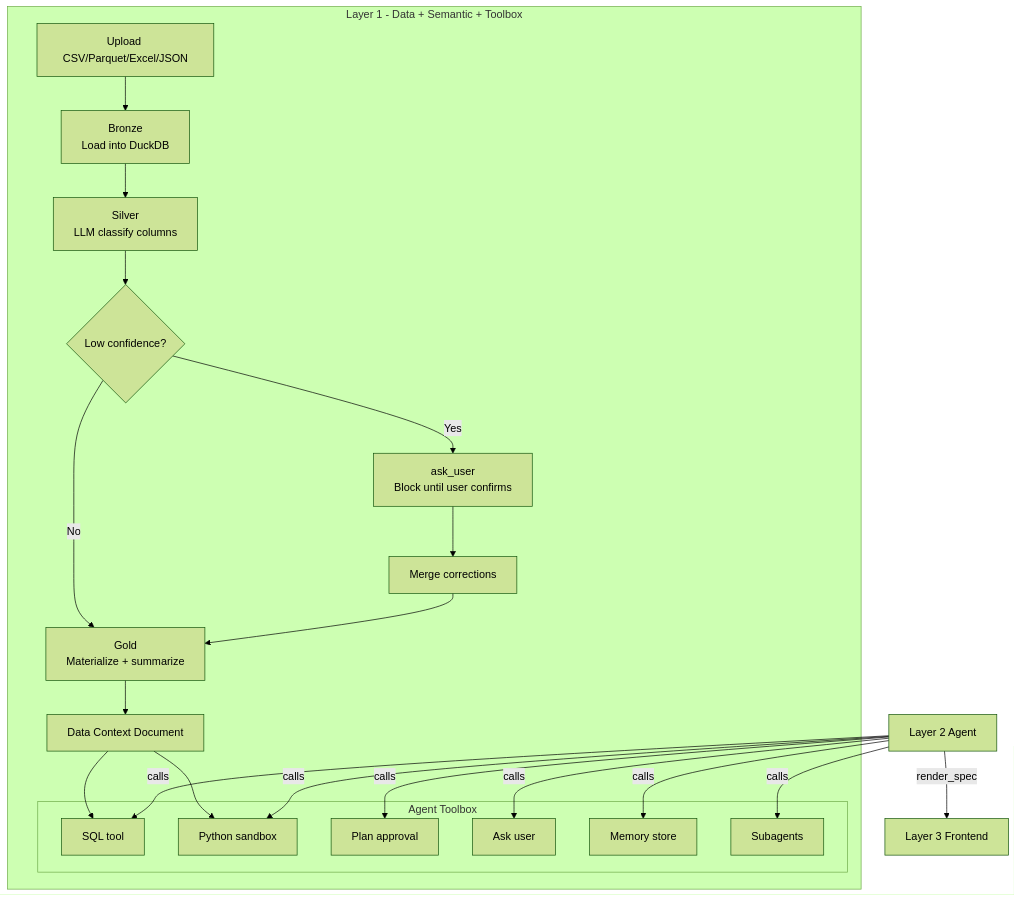
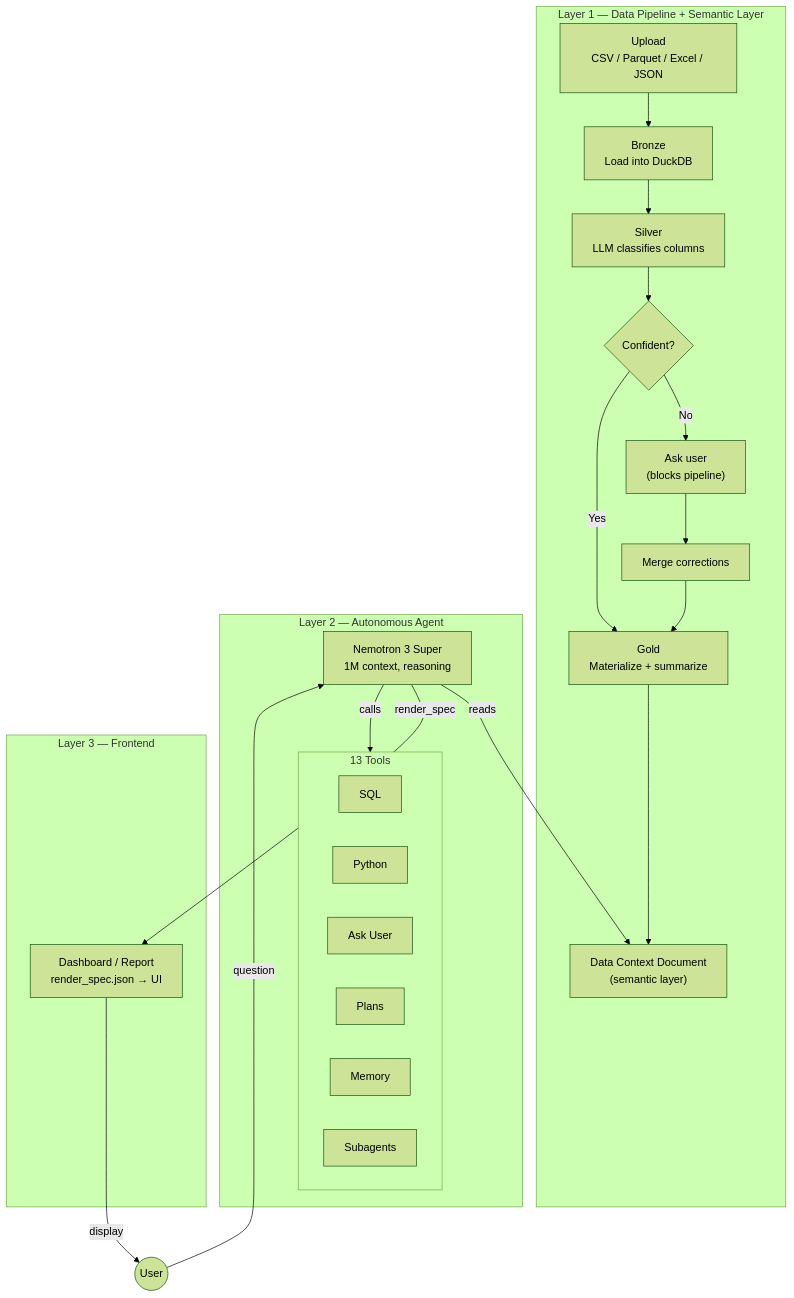
Before and after one commit to hitakshiA/Manthan: the third of 4 diagrams in README.md, drawn with Mermaid (forest theme). The commit also changed other lines of this file, not shown here.

Commit message:
docs: rewrite README for hackathon judges — semantic layer focus, differentiation, live demo

````diff
--- a/README.md
+++ b/README.md
@@ -35,21 +141,30 @@
 ```mermaid
 graph TB
-    subgraph "Layer 1 - Data + Semantic + Toolbox"
-        Upload["Upload CSV/Parquet/Excel/JSON"] --> Bronze["Bronze\nLoad into DuckDB"]
-        Bronze --> Silver["Silver\nLLM classify columns"]
-        Silver --> Clarify{"Low confidence?"}
-        Clarify -->|Yes| AskUser["ask_user\nBlock until user confirms"]
-        AskUser --> Merge["Merge corrections"]
-        Clarify -->|No| Gold
+    subgraph "Layer 1 — Data Pipeline + Semantic Layer"
+        Upload["Upload\nCSV / Parquet / Excel / JSON"] --> Bronze["Bronze\nLoad into DuckDB"]
+        Bronze --> Silver["Silver\nLLM classifies columns"]
+        Silver --> Clarify{"Confident?"}
+        Clarify -->|No| Ask["Ask user\n(blocks pipeline)"]
+        Ask --> Merge["Merge corrections"]
+        Clarify -->|Yes| Gold
         Merge --> Gold["Gold\nMaterialize + summarize"]
-        Gold --> DCD["Data Context Document"]
-
-        subgraph "Agent Toolbox"
-            SQL["SQL tool"] & Python["Python sandbox"] & Plans["Plan approval"] & Ask["Ask user"] & Memory["Memory store"] & Subagents["Subagents"]
-        end
-        DCD --> SQL & Python
+        Gold --> DCD["Data Context Document\n(semantic layer)"]
     end
 
-    Agent["Layer 2 Agent"] -->|calls| SQL & Python & Plans & Ask & Memory & Subagents
-    Agent -->|render_spec| UI["Layer 3 Frontend"]
+    subgraph "Layer 2 — Autonomous Agent"
+        Agent["Nemotron 3 Super\n1M context, reasoning"]
+        Agent -->|"reads"| DCD
+        Agent -->|"calls"| Tools
+        subgraph Tools["13 Tools"]
+            SQL["SQL"] & Py["Python"] & AskU["Ask User"] & Plan["Plans"] & Mem["Memory"] & Sub["Subagents"]
+        end
+    end
+
+    subgraph "Layer 3 — Frontend"
+        UI["Dashboard / Report\nrender_spec.json → UI"]
+    end
+
+    User((User)) -->|question| Agent
+    Agent -->|render_spec| UI
+    UI -->|display| User
 ```
````
